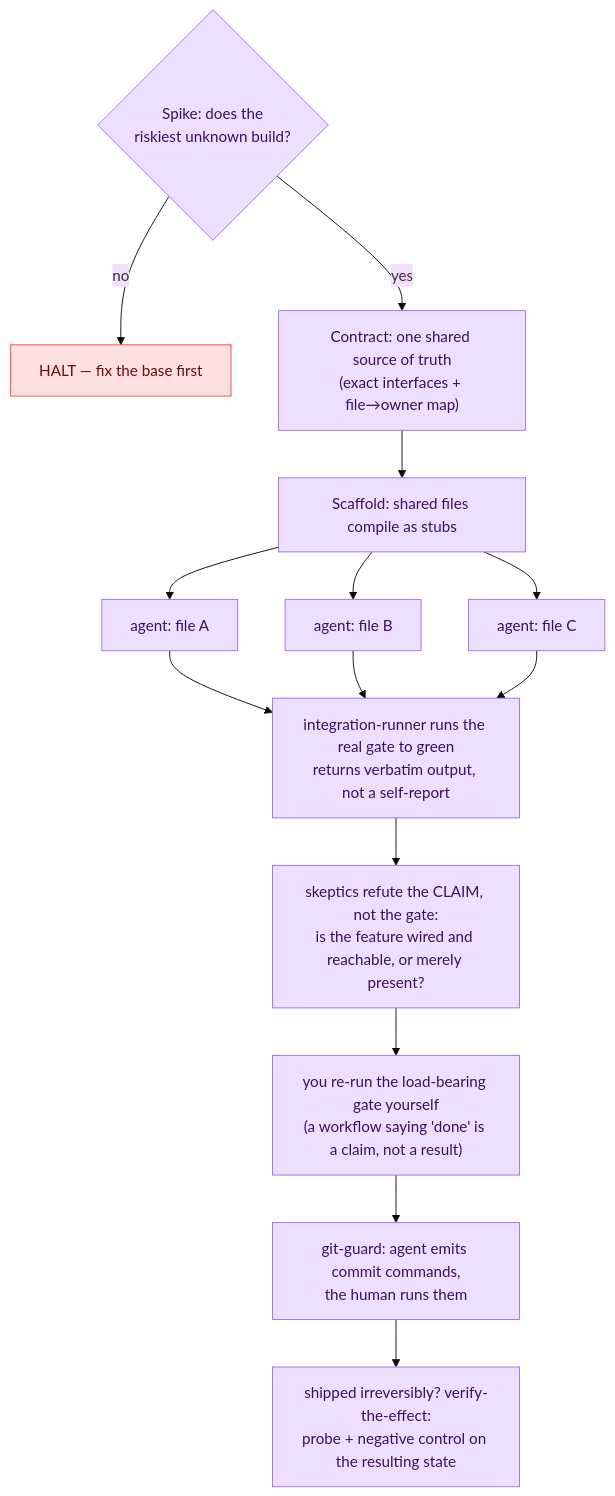
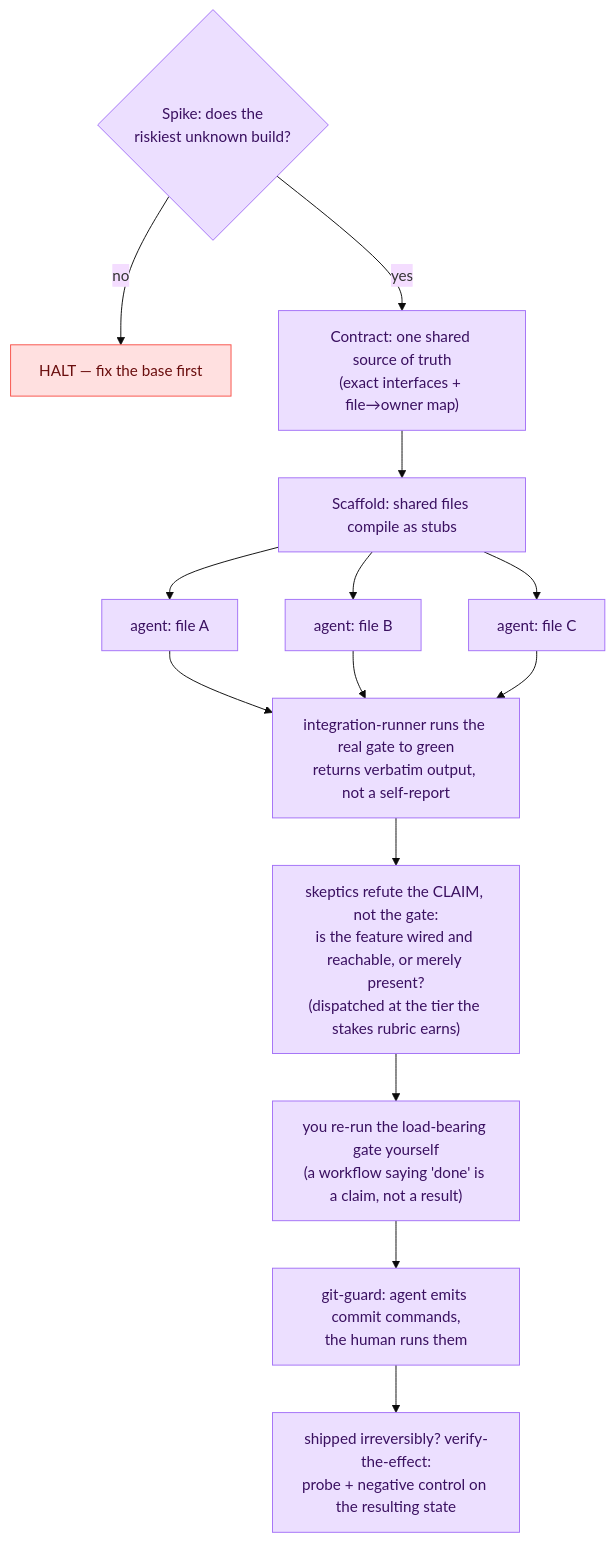
One commit to hossainpazooki/rigor changed the fourth of 4 diagrams in README.md. Above: the diagram before and after it, drawn with Mermaid (base theme). The commit also changed other lines of this file, not shown here.

Commit message:
docs: surface model-tier dispatch in README pitch, layers, and own section

````diff
--- a/README.md
+++ b/README.md
@@ -115,17 +175,17 @@
 ```mermaid
 flowchart TD
     SP{"Spike: does the<br/>riskiest unknown build?"} -->|no| H["HALT — fix the base first"]
     SP -->|yes| C["Contract: one shared source of truth<br/>(exact interfaces + file→owner map)"]
     C --> SC["Scaffold: shared files compile as stubs"]
     SC --> B1["agent: file A"] & B2["agent: file B"] & B3["agent: file C"]
     B1 & B2 & B3 --> IG["integration-runner runs the real gate to green<br/>returns verbatim output, not a self-report"]
-    IG --> SKV["skeptics refute the CLAIM, not the gate:<br/>is the feature wired and reachable, or merely present?"]
+    IG --> SKV["skeptics refute the CLAIM, not the gate:<br/>is the feature wired and reachable, or merely present?<br/>(dispatched at the tier the stakes rubric earns)"]
     SKV --> RV["you re-run the load-bearing gate yourself<br/>(a workflow saying 'done' is a claim, not a result)"]
     RV --> GC["git-guard: agent emits commit commands,<br/>the human runs them"]
     GC --> VE["shipped irreversibly? verify-the-effect:<br/>probe + negative control on the resulting state"]
 
     classDef p3 fill:#ecdfff,stroke:#a371f7,color:#3a1060;
     classDef halt fill:#ffe0e0,stroke:#f85149,color:#6a0d0d;
     class SP,C,SC,B1,B2,B3,IG,SKV,RV,GC,VE p3;
     class H halt;
 ```
````
